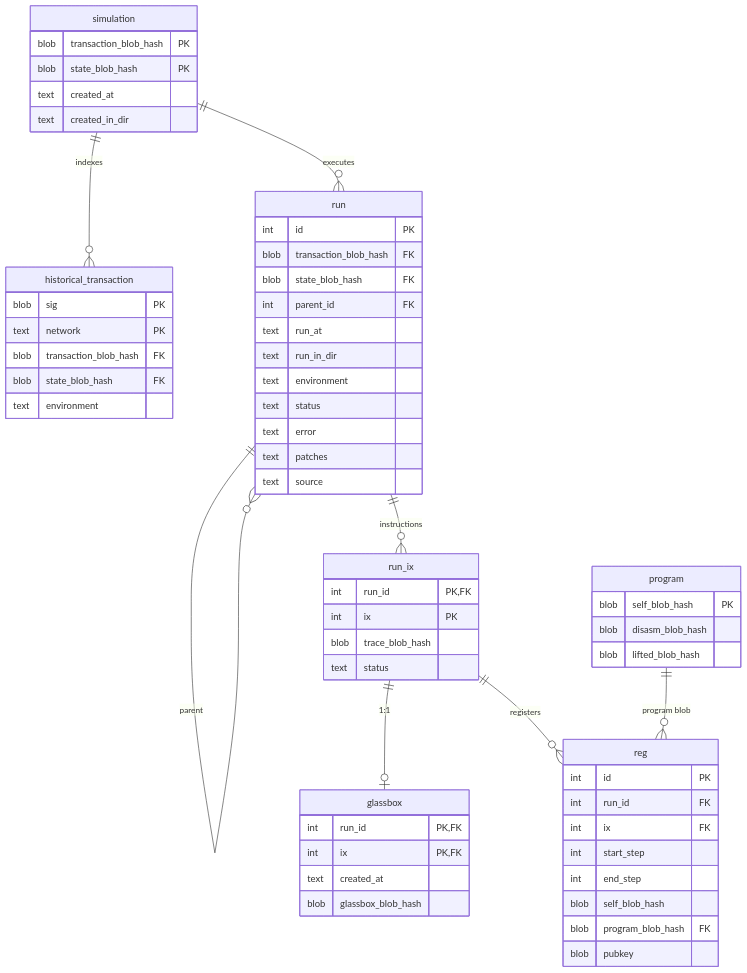
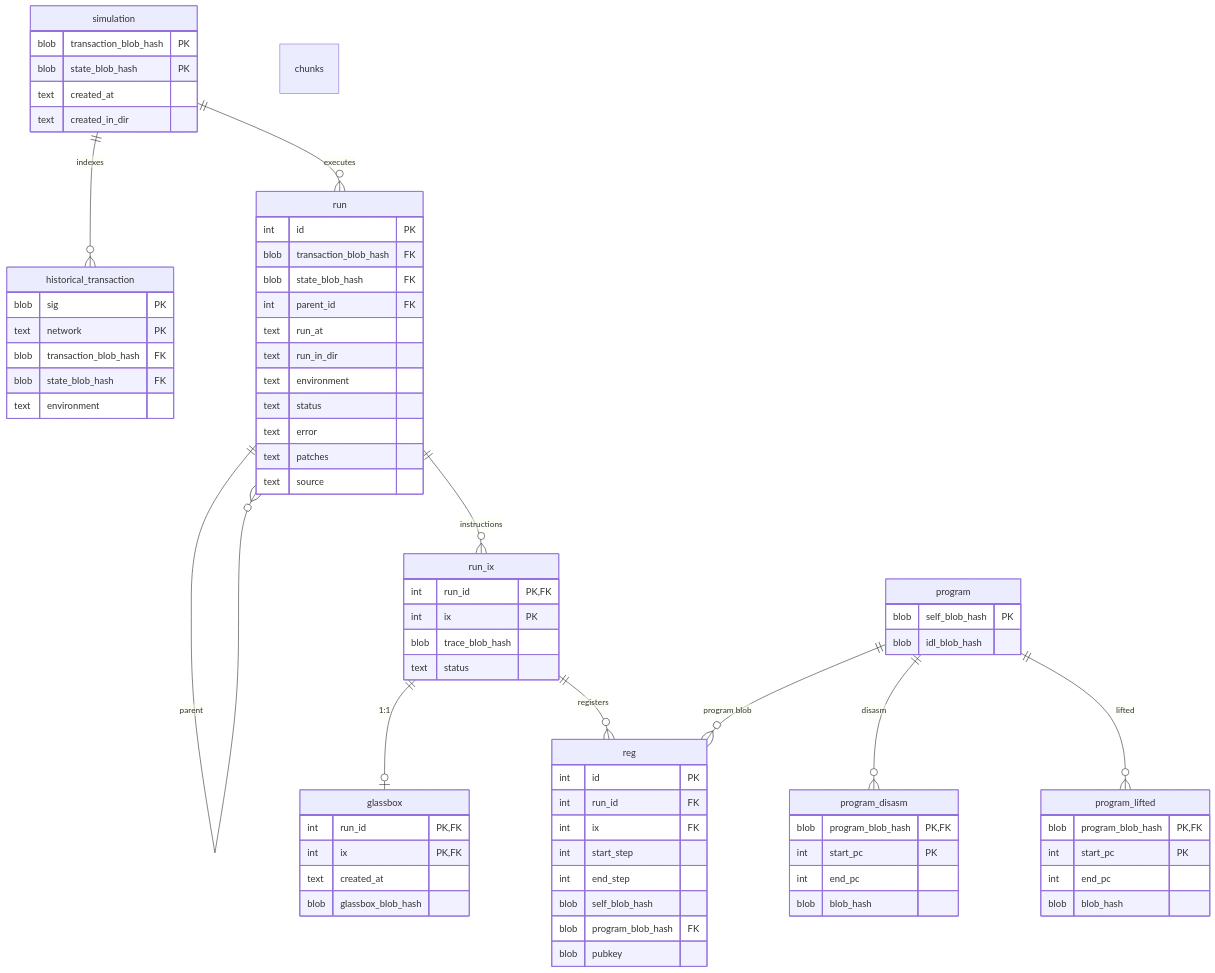
The diagram in storage/README.md (SeerApp/seer), drawn with Mermaid before and after one commit. The commit also changed 6 other files, not shown here.

First line of the commit message:
feat: add program_disasm and program_lifted chunk tables

````diff
--- a/storage/README.md
+++ b/storage/README.md
@@ -49,8 +49,21 @@
 
     program {
         blob self_blob_hash PK
-        blob disasm_blob_hash
-        blob lifted_blob_hash
+        blob idl_blob_hash
+    }
+
+    program_disasm {
+        blob program_blob_hash PK, FK
+        int start_pc PK
+        int end_pc
+        blob blob_hash
+    }
+
+    program_lifted {
+        blob program_blob_hash PK, FK
+        int start_pc PK
+        int end_pc
+        blob blob_hash
     }
 
     reg {
@@ -71,4 +84,6 @@
     run_ix ||--o| glassbox : "1:1"
     run_ix ||--o{ reg : registers
     program ||--o{ reg : "program blob"
+    program ||--o{ program_disasm : disasm chunks
+    program ||--o{ program_lifted : lifted chunks
 ```
````
